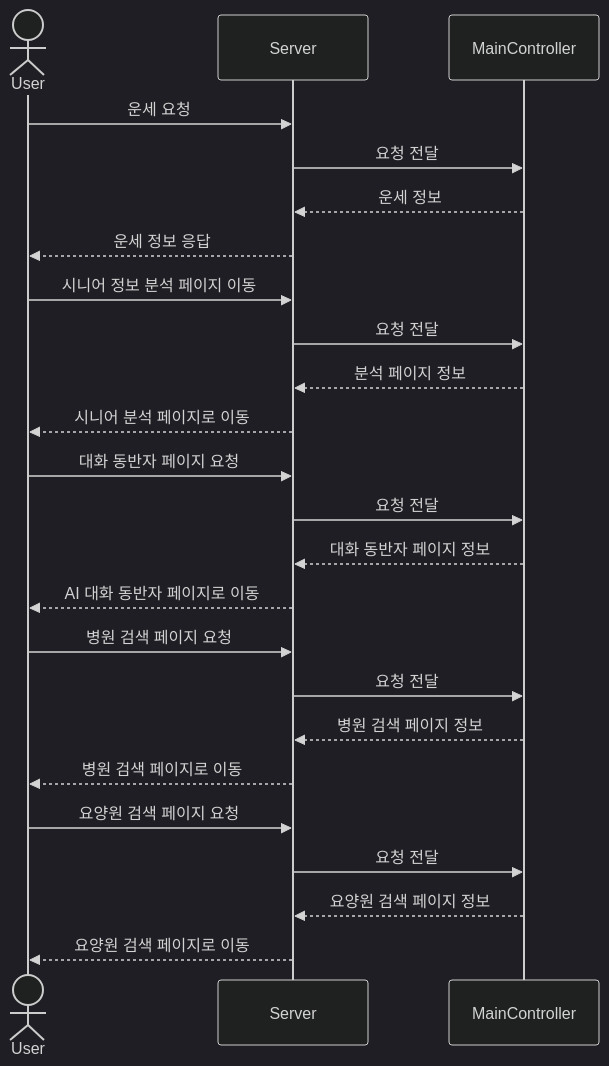
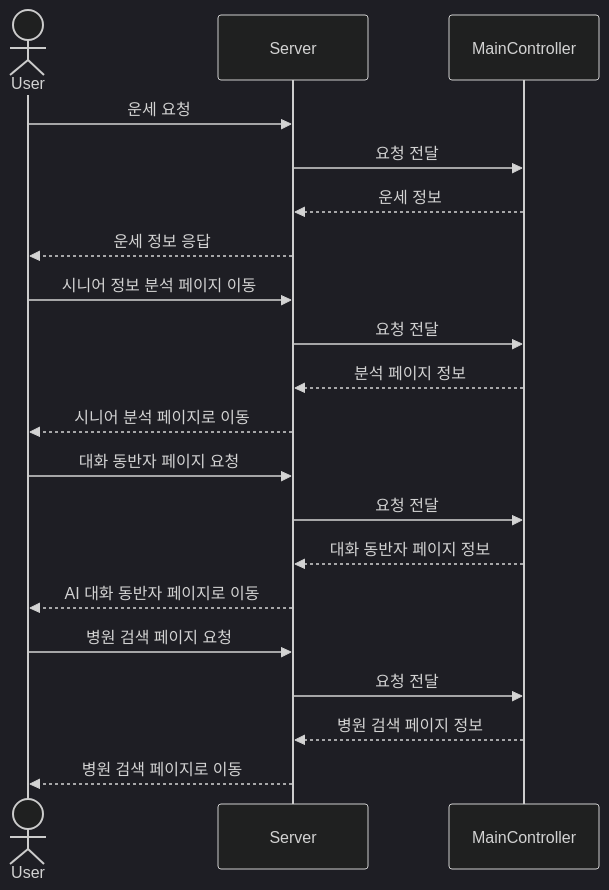
One commit to Estsoft-Udon/ClassicJeans changed the diagram in docs/diagrams/main/main_function.md. Above: the diagram before and after it, drawn with Mermaid (dark theme).

Commit message:
docs: main_function.md sequence diagram fixed

````diff
--- a/docs/diagrams/main/main_function.md
+++ b/docs/diagrams/main/main_function.md
@@ -1,37 +1,30 @@
 ```mermaid
 sequenceDiagram
     actor User
     participant Server
     participant MainController
 
     %% 오늘의 운세 제공
     User->>Server: 운세 요청
     Server->>MainController: 요청 전달
     MainController-->>Server: 운세 정보
     Server-->>User: 운세 정보 응답
 
     %% 시니어 정보 분석 페이지로 이동
     User->>Server: 시니어 정보 분석 페이지 이동
     Server->>MainController: 요청 전달
     MainController-->>Server: 분석 페이지 정보
     Server-->>User: 시니어 분석 페이지로 이동
 
     %% AI 대화 동반자 페이지로 이동
     User->>Server: 대화 동반자 페이지 요청
     Server->>MainController: 요청 전달
     MainController-->>Server: 대화 동반자 페이지 정보
     Server-->>User: AI 대화 동반자 페이지로 이동
 
     %% 병원 검색 페이지로 이동
     User->>Server: 병원 검색 페이지 요청
     Server->>MainController: 요청 전달
     MainController-->>Server: 병원 검색 페이지 정보
     Server-->>User: 병원 검색 페이지로 이동
-
-    %% 요양원 검색 페이지로 이동
-    User->>Server: 요양원 검색 페이지 요청
-    Server->>MainController: 요청 전달
-    MainController-->>Server: 요양원 검색 페이지 정보
-    Server-->>User: 요양원 검색 페이지로 이동
-
 ```
````
